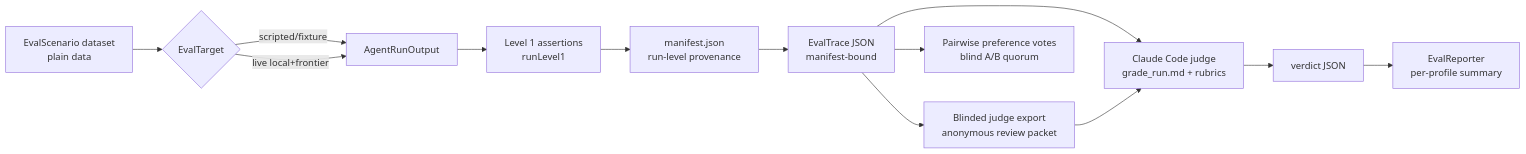
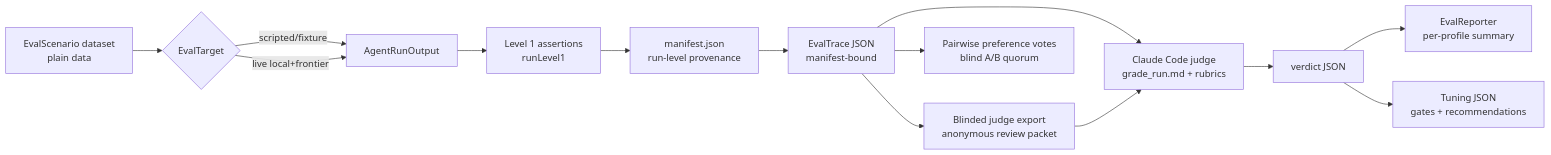
Before and after one commit to matthiasn/lotti: the diagram in eval/README.md, drawn with Mermaid. The commit also changed other lines of this file and 86 other files, not shown here.

````diff
--- a/eval/README.md
+++ b/eval/README.md
@@ -37,15 +37,16 @@
 ```mermaid
 flowchart LR
   DS[EvalScenario dataset<br/>plain data] --> T{EvalTarget}
   T -->|scripted/fixture| O[AgentRunOutput]
   T -->|live local+frontier| O
   O --> L1[Level 1 assertions<br/>runLevel1]
   L1 --> M[manifest.json<br/>run-level provenance]
   M --> TR[EvalTrace JSON<br/>manifest-bound]
   TR --> BLIND[Blinded judge export<br/>anonymous review packet]
   TR --> J[Claude Code judge<br/>grade_run.md + rubrics]
   BLIND --> J
   J --> V[verdict JSON]
   V --> REP[EvalReporter<br/>per-profile summary]
+  V --> TUNE[Tuning JSON<br/>gates + recommendations]
   TR --> AB[Pairwise preference votes<br/>blind A/B quorum]
 ```
````
